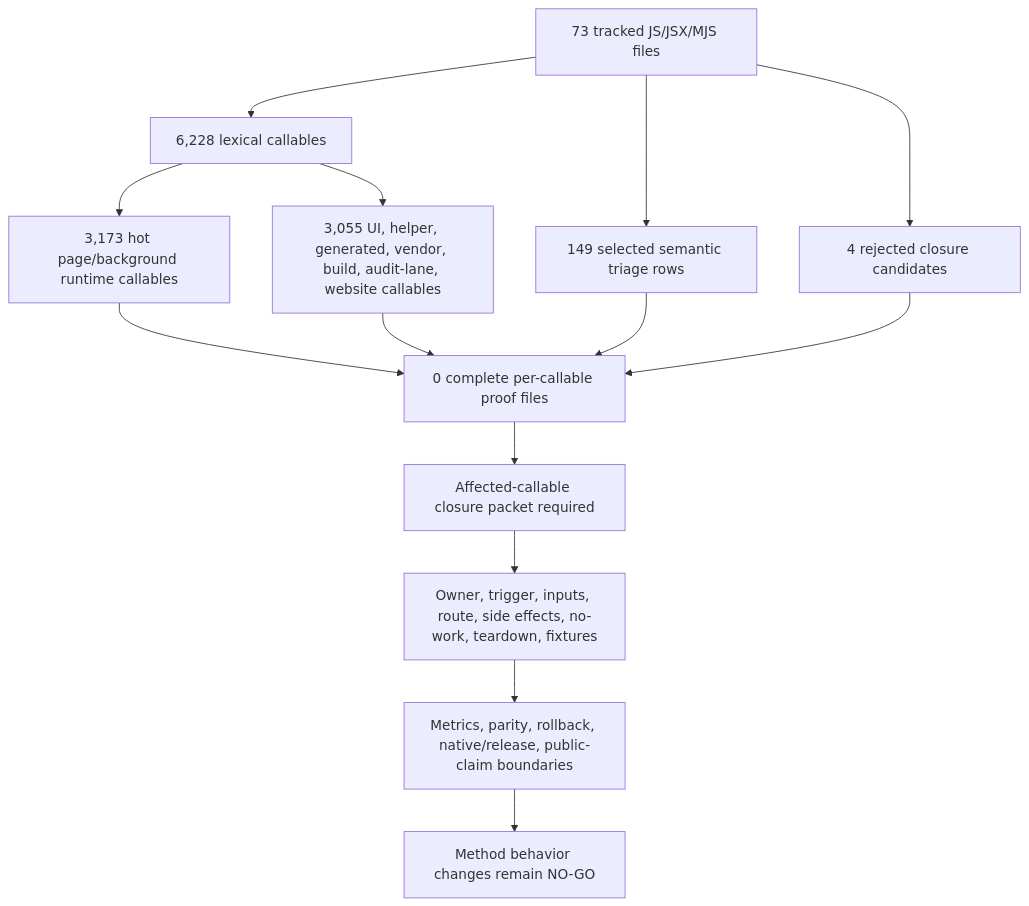
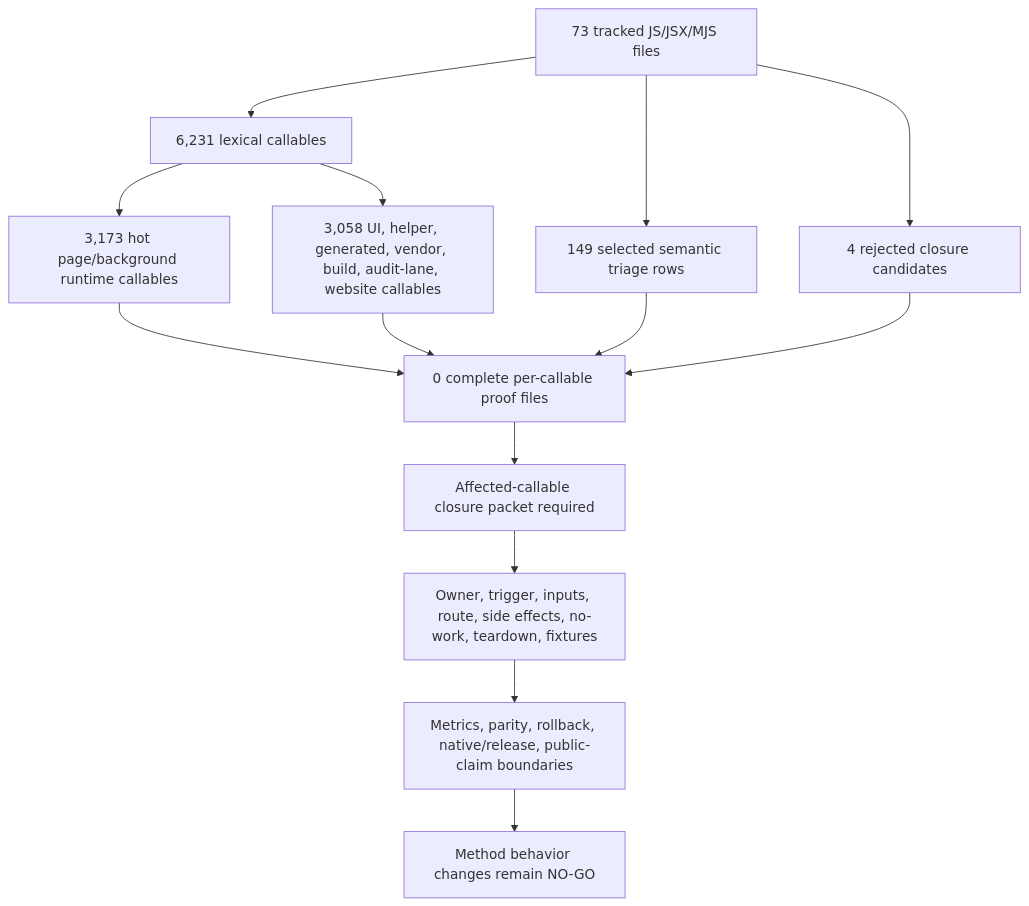
The first of 2 diagrams in docs/audit/FILTERTUBE_METHOD_SEMANTIC_PROOF_GAP_INDEX_CURRENT_BEHAVIOR_2026-05-25.md (varshneydevansh/FilterTube), drawn with Mermaid before and after one commit. The commit also changed other lines of this file and 74 other files, not shown here.

````diff
--- a/docs/audit/FILTERTUBE_METHOD_SEMANTIC_PROOF_GAP_INDEX_CURRENT_BEHAVIOR_2026-05-25.md
+++ b/docs/audit/FILTERTUBE_METHOD_SEMANTIC_PROOF_GAP_INDEX_CURRENT_BEHAVIOR_2026-05-25.md
@@ -147,16 +147,16 @@
 ```mermaid
 flowchart TD
-  A["73 tracked JS/JSX/MJS files"] --> B["6,228 lexical callables"]
+  A["73 tracked JS/JSX/MJS files"] --> B["6,231 lexical callables"]
   B --> C["3,173 hot page/background runtime callables"]
-  B --> D["3,055 UI, helper, generated, vendor, build, audit-lane, website callables"]
+  B --> D["3,058 UI, helper, generated, vendor, build, audit-lane, website callables"]
   A --> E["149 selected semantic triage rows"]
   A --> F["4 rejected closure candidates"]
   C --> G["0 complete per-callable proof files"]
   D --> G
   E --> G
   F --> G
   G --> H["Affected-callable closure packet required"]
   H --> I["Owner, trigger, inputs, route, side effects, no-work, teardown, fixtures"]
   I --> J["Metrics, parity, rollback, native/release, public-claim boundaries"]
   J --> K["Method behavior changes remain NO-GO"]
 ```
````
